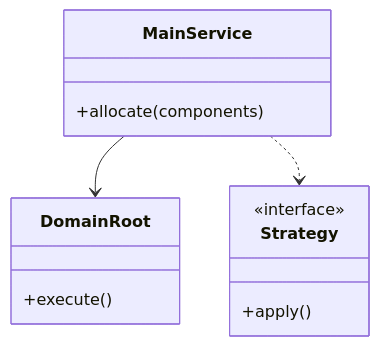
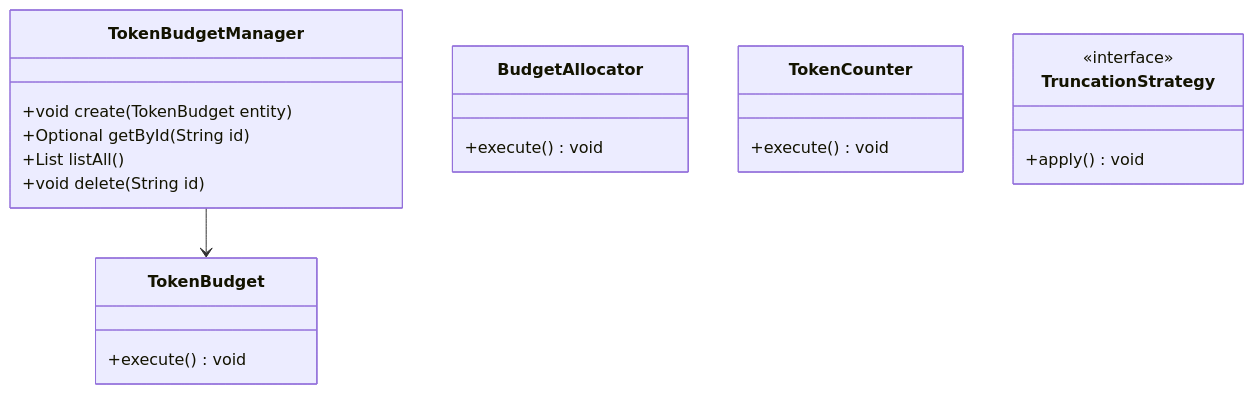
Before and after one commit to madhupaila/Interview-Prep-SSE: the first of 3 diagrams in Learn/System Design - Low Level Design/05-genai-llm-lld/questions/Q05-token-budget-manager.md, drawn with Mermaid. The commit also changed other lines of this file and 491 other files, not shown here.

````diff
--- a/Learn/System Design - Low Level Design/05-genai-llm-lld/questions/Q05-token-budget-manager.md
+++ b/Learn/System Design - Low Level Design/05-genai-llm-lld/questions/Q05-token-budget-manager.md
@@ -73,15 +93,23 @@
 ```mermaid
 classDiagram
-    class MainService {
-        +allocate(components)
+    class TokenBudgetManager {
+        +void create(TokenBudget entity)
+        +Optional<TokenBudget> getById(String id)
+        +List<TokenBudget> listAll()
+        +void delete(String id)
     }
-    class DomainRoot {
-        +execute()
+    class TokenBudget {
+        +execute() void
     }
-    class Strategy {
+    class BudgetAllocator {
+        +execute() void
+    }
+    class TokenCounter {
+        +execute() void
+    }
+    class TruncationStrategy {
         <<interface>>
-        +apply()
+        +apply() void
     }
-    MainService --> DomainRoot
-    MainService ..> Strategy
+    TokenBudgetManager --> TokenBudget
 ```
````
